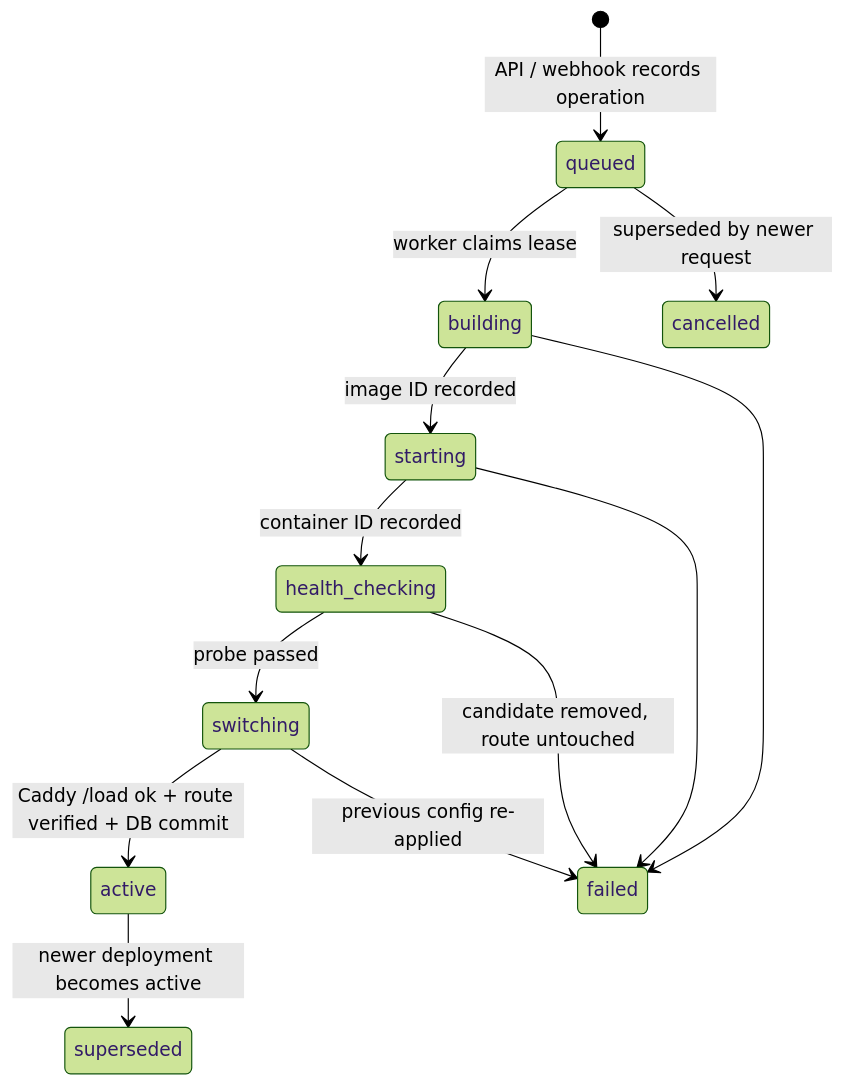
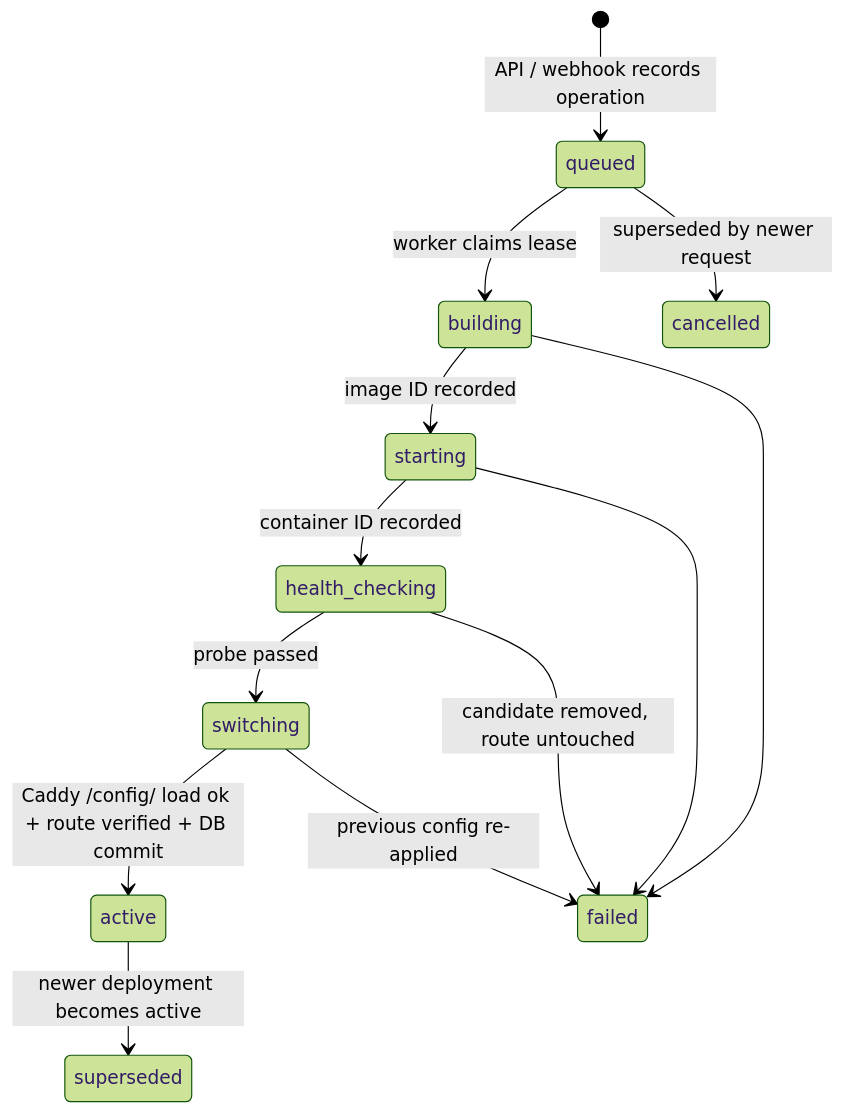
The second of 2 diagrams in docs/ARCHITECTURE.md (hami9/Shipyard), drawn with Mermaid (forest theme) before and after one commit. The commit also changed other lines of this file and 11 other files, not shown here.

````diff
--- a/docs/ARCHITECTURE.md
+++ b/docs/ARCHITECTURE.md
@@ -147,15 +147,15 @@
 ```mermaid
 stateDiagram-v2
   [*] --> queued: API / webhook records operation
   queued --> building: worker claims lease
   building --> starting: image ID recorded
   starting --> health_checking: container ID recorded
   health_checking --> switching: probe passed
-  switching --> active: Caddy /load ok + route verified + DB commit
+  switching --> active: Caddy /config/ load ok + route verified + DB commit
   building --> failed
   starting --> failed
   health_checking --> failed: candidate removed, route untouched
   switching --> failed: previous config re-applied
   active --> superseded: newer deployment becomes active
   queued --> cancelled: superseded by newer request
 ```
````
